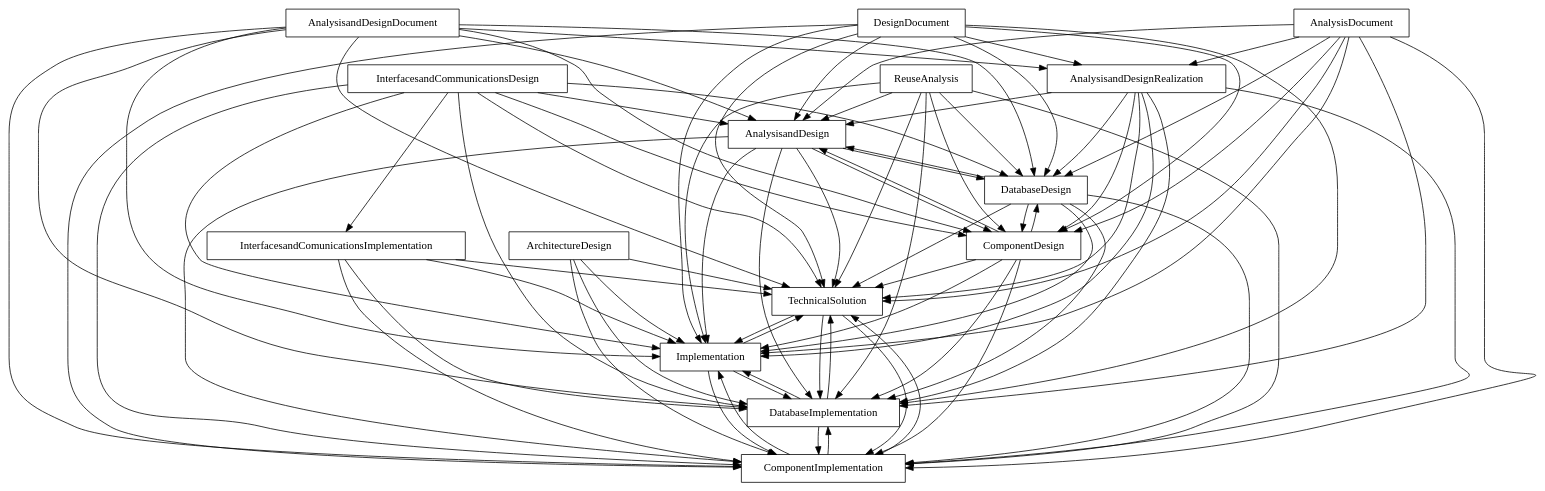
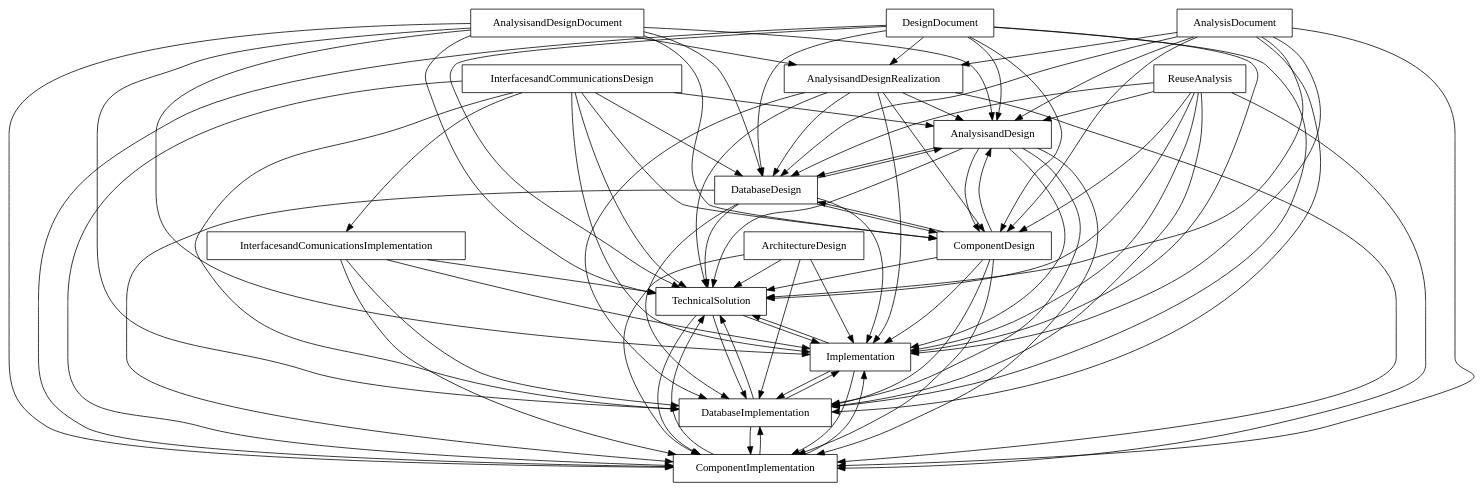
Before and after one commit to FAMILIAR-project/familiar-language: the diagram in FAMILIAR/output/SPLOT-big/fm_97_model_20110823_1386366267.xml.dot, drawn with Graphviz. The commit also changed 179 other files, not shown here.

```diff
--- a/FAMILIAR/output/SPLOT-big/fm_97_model_20110823_1386366267.xml.dot
+++ b/FAMILIAR/output/SPLOT-big/fm_97_model_20110823_1386366267.xml.dot
@@ -1,104 +1,104 @@
 digraph{
 graph [rankdir=TB];
 node [shape=box];
 edge [arrowhead=normal];
-0[label="DesignDocument",]
-1[label="InterfacesandCommunicationsDesign",]
+0[label="InterfacesandCommunicationsDesign",]
+1[label="DesignDocument",]
 2[label="TechnicalSolution",]
-3[label="AnalysisandDesignDocument",]
-4[label="AnalysisandDesign",]
+3[label="AnalysisandDesign",]
+4[label="AnalysisandDesignDocument",]
 5[label="Implementation",]
 6[label="AnalysisandDesignRealization",]
 7[label="AnalysisDocument",]
 8[label="ComponentImplementation",]
 9[label="InterfacesandComunicationsImplementation",]
-10[label="ReuseAnalysis",]
-11[label="ArchitectureDesign",]
-12[label="DatabaseImplementation",]
+10[label="DatabaseImplementation",]
+11[label="ReuseAnalysis",]
+12[label="ArchitectureDesign",]
 13[label="DatabaseDesign",]
 14[label="ComponentDesign",]
 0->2[label="",]
-0->4[label="",]
+0->3[label="",]
 0->5[label="",]
-0->6[label="",]
 0->8[label="",]
-0->12[label="",]
+0->9[label="",]
+0->10[label="",]
 0->13[label="",]
 0->14[label="",]
 1->2[label="",]
-1->4[label="",]
+1->3[label="",]
 1->5[label="",]
+1->6[label="",]
 1->8[label="",]
-1->9[label="",]
-1->12[label="",]
+1->10[label="",]
 1->13[label="",]
 1->14[label="",]
 2->5[label="",]
 2->8[label="",]
-2->12[label="",]
+2->10[label="",]
 3->2[label="",]
-3->4[label="",]
 3->5[label="",]
-3->6[label="",]
 3->8[label="",]
-3->12[label="",]
+3->10[label="",]
 3->13[label="",]
 3->14[label="",]
 4->2[label="",]
+4->3[label="",]
 4->5[label="",]
+4->6[label="",]
 4->8[label="",]
-4->12[label="",]
+4->10[label="",]
 4->13[label="",]
 4->14[label="",]
 5->2[label="",]
 5->8[label="",]
-5->12[label="",]
+5->10[label="",]
 6->2[label="",]
-6->4[label="",]
+6->3[label="",]
 6->5[label="",]
 6->8[label="",]
-6->12[label="",]
+6->10[label="",]
 6->13[label="",]
 6->14[label="",]
 7->2[label="",]
-7->4[label="",]
+7->3[label="",]
 7->5[label="",]
 7->6[label="",]
 7->8[label="",]
-7->12[label="",]
+7->10[label="",]
 7->13[label="",]
 7->14[label="",]
 8->2[label="",]
 8->5[label="",]
-8->12[label="",]
+8->10[label="",]
 9->2[label="",]
 9->5[label="",]
 9->8[label="",]
-9->12[label="",]
+9->10[label="",]
 10->2[label="",]
-10->4[label="",]
 10->5[label="",]
 10->8[label="",]
-10->12[label="",]
-10->13[label="",]
-10->14[label="",]
 11->2[label="",]
+11->3[label="",]
 11->5[label="",]
 11->8[label="",]
-11->12[label="",]
+11->10[label="",]
+11->13[label="",]
+11->14[label="",]
 12->2[label="",]
 12->5[label="",]
 12->8[label="",]
+12->10[label="",]
 13->2[label="",]
-13->4[label="",]
+13->3[label="",]
 13->5[label="",]
 13->8[label="",]
-13->12[label="",]
+13->10[label="",]
 13->14[label="",]
 14->2[label="",]
-14->4[label="",]
+14->3[label="",]
 14->5[label="",]
 14->8[label="",]
-14->12[label="",]
+14->10[label="",]
 14->13[label="",]
 }
```
